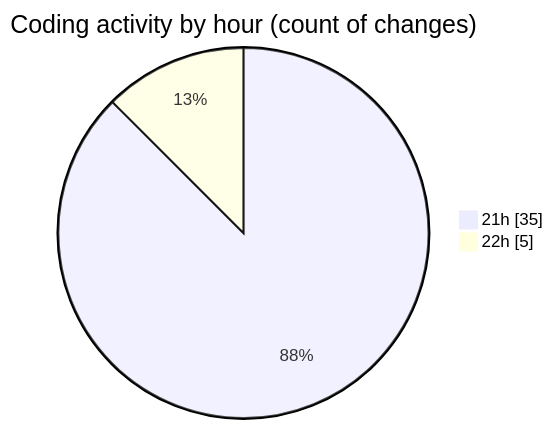
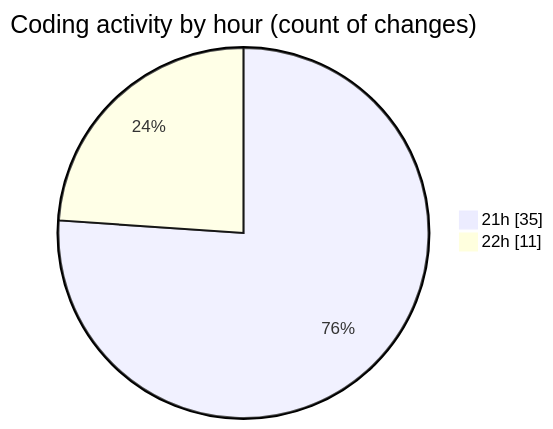
Before and after one commit to Ritupan-Deka/code-tracking: the second of 2 diagrams in 2025-01-19/typing_game/README.md, drawn with Mermaid. The commit also changed other lines of this file and 1 other file, not shown here.

````diff
--- a/2025-01-19/typing_game/README.md
+++ b/2025-01-19/typing_game/README.md
@@ -32,6 +32,6 @@
 ```mermaid
 pie showData
 title Coding activity by hour (count of changes)
 "21h" : 35
-"22h" : 5
+"22h" : 11
 ```
````
